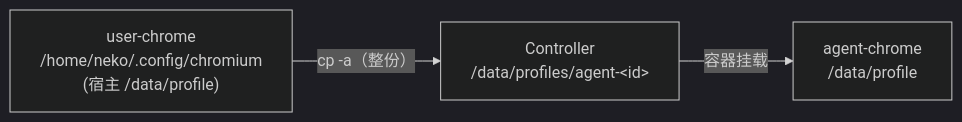
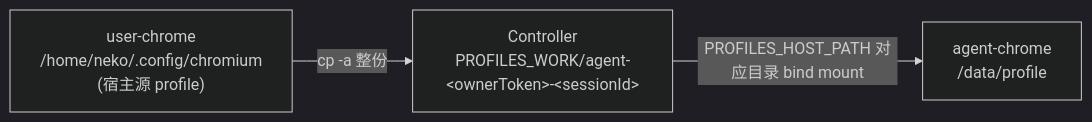
The second of 4 diagrams in docs/container-design.md (mouriya-s-lab/moat-browser), drawn with Mermaid (dark theme) before and after one commit. The commit also changed other lines of this file and 10 other files, not shown here.

First line of the commit message:
fix: clean up agent profile copies on session lifecycle

````diff
--- a/docs/container-design.md
+++ b/docs/container-design.md
@@ -271,5 +265,5 @@
 ```mermaid
 flowchart LR
-  U["user-chrome<br/>/home/neko/.config/chromium<br/>(宿主 /data/profile)"] -- "cp -a（整份）" --> C["Controller<br/>/data/profiles/agent-&lt;id&gt;"]
-  C -- "容器挂载" --> A["agent-chrome<br/>/data/profile"]
+  U["user-chrome<br/>/home/neko/.config/chromium<br/>(宿主源 profile)"] -- "cp -a 整份" --> C["Controller<br/>PROFILES_WORK/agent-&lt;ownerToken&gt;-&lt;sessionId&gt;"]
+  C -- "PROFILES_HOST_PATH 对应目录 bind mount" --> A["agent-chrome<br/>/data/profile"]
 ```
````
